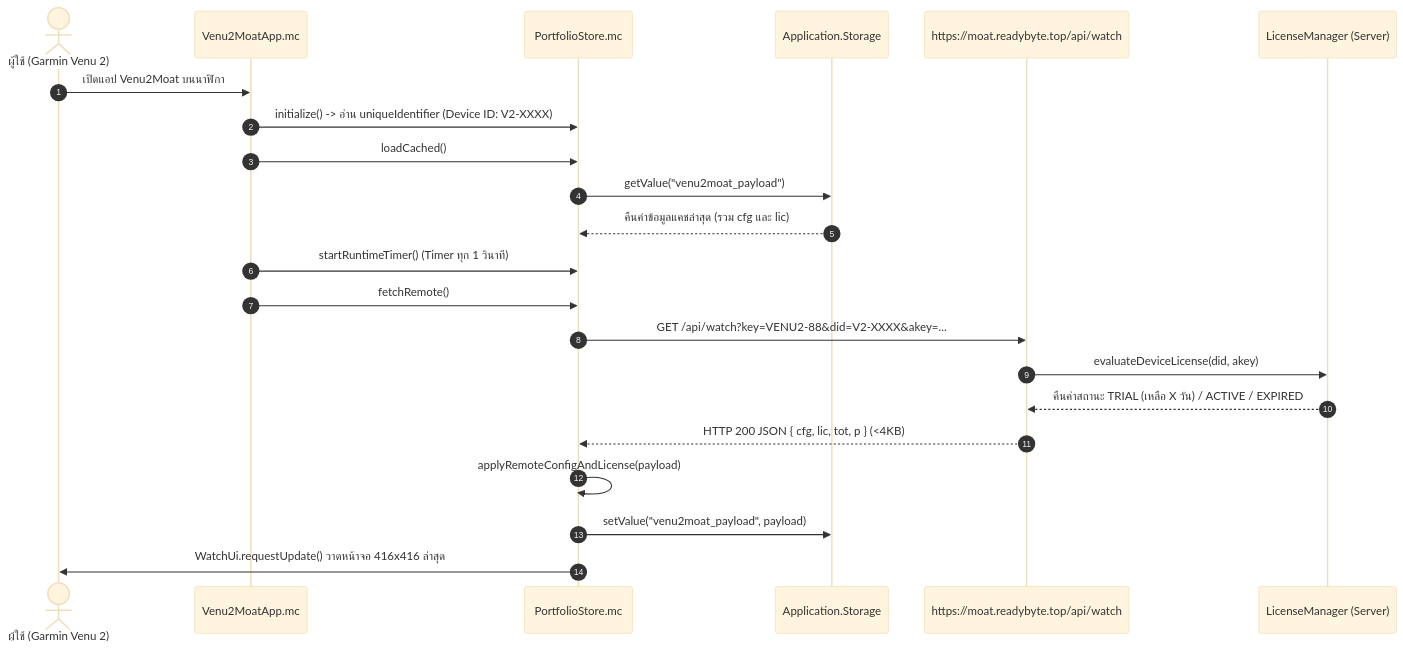
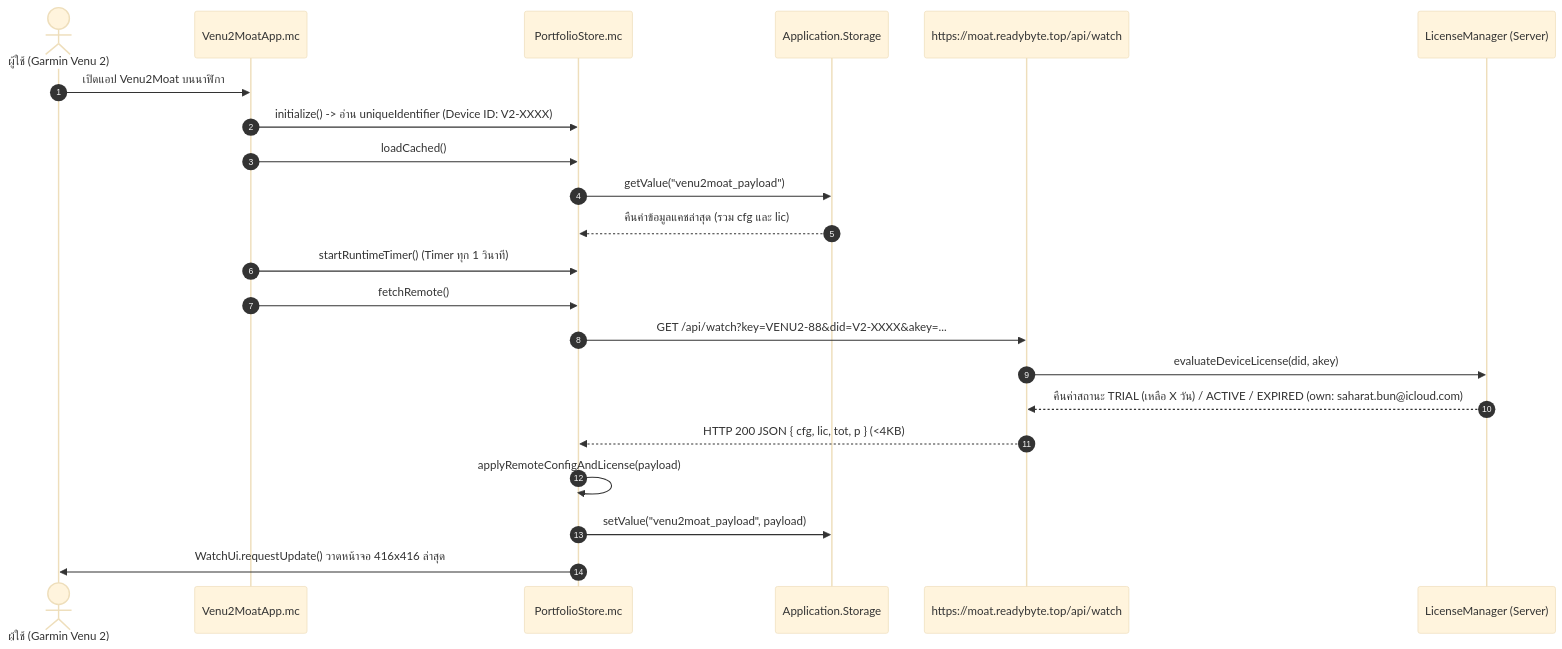
One commit to e24qdy2/garmin-venu2-moat changed the second of 7 diagrams in docs/03-APP-FLOW-AND-LOGIC-FLOW.md. Above: the diagram before and after it, drawn with Mermaid (base theme). The commit also changed other lines of this file and 19 other files, not shown here.

````diff
--- a/docs/03-APP-FLOW-AND-LOGIC-FLOW.md
+++ b/docs/03-APP-FLOW-AND-LOGIC-FLOW.md
@@ -48,25 +52,25 @@
 ```mermaid
 sequenceDiagram
     autonumber
     actor User as ผู้ใช้ (Garmin Venu 2)
     participant App as Venu2MoatApp.mc
     participant Store as PortfolioStore.mc
     participant Storage as Application.Storage
     participant API as https://moat.readybyte.top/api/watch
     participant Lic as LicenseManager (Server)
 
     User->>App: เปิดแอป Venu2Moat บนนาฬิกา
     App->>Store: initialize() -> อ่าน uniqueIdentifier (Device ID: V2-XXXX)
     App->>Store: loadCached()
     Store->>Storage: getValue("venu2moat_payload")
     Storage-->>Store: คืนค่าข้อมูลแคชล่าสุด (รวม cfg และ lic)
     App->>Store: startRuntimeTimer() (Timer ทุก 1 วินาที)
     App->>Store: fetchRemote()
     Store->>API: GET /api/watch?key=VENU2-88&did=V2-XXXX&akey=...
     API->>Lic: evaluateDeviceLicense(did, akey)
-    Lic-->>API: คืนค่าสถานะ TRIAL (เหลือ X วัน) / ACTIVE / EXPIRED
+    Lic-->>API: คืนค่าสถานะ TRIAL (เหลือ X วัน) / ACTIVE / EXPIRED (own: saharat.bun@icloud.com)
     API-->>Store: HTTP 200 JSON { cfg, lic, tot, p } (<4KB)
     Store->>Store: applyRemoteConfigAndLicense(payload)
     Store->>Storage: setValue("venu2moat_payload", payload)
     Store->>User: WatchUi.requestUpdate() วาดหน้าจอ 416x416 ล่าสุด
 ```
````
